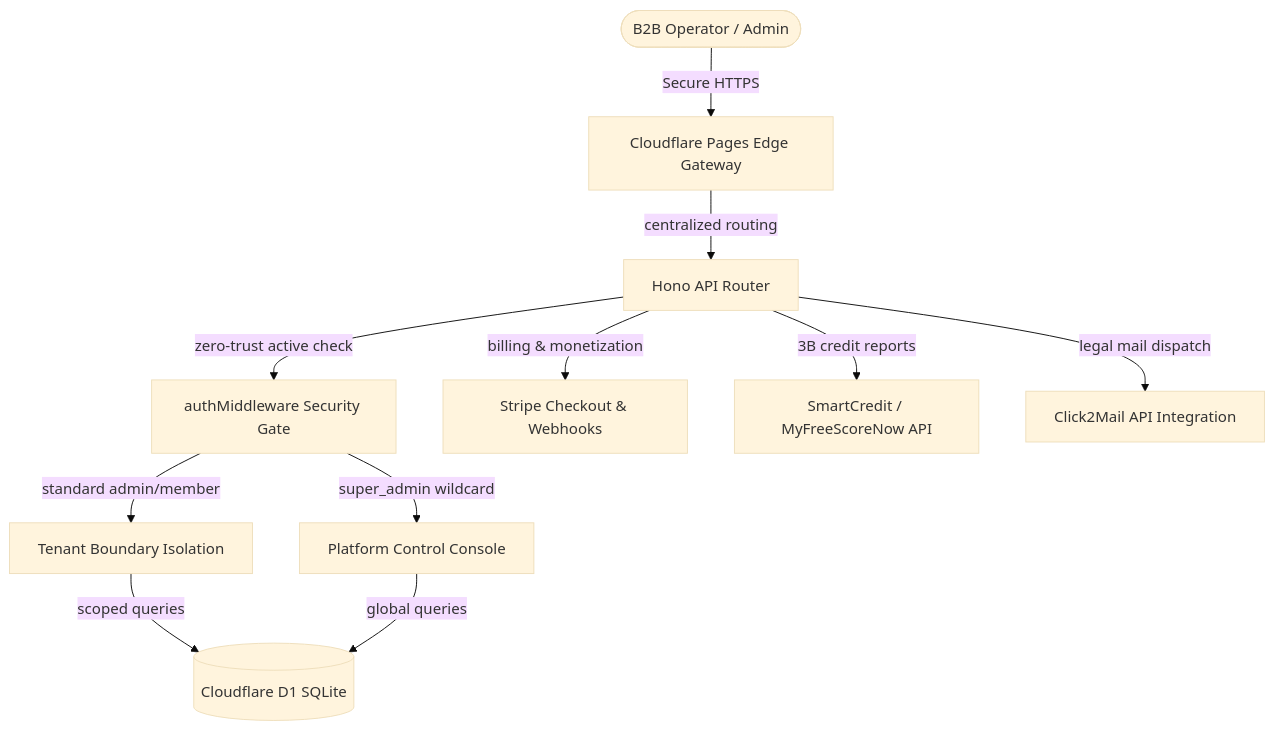
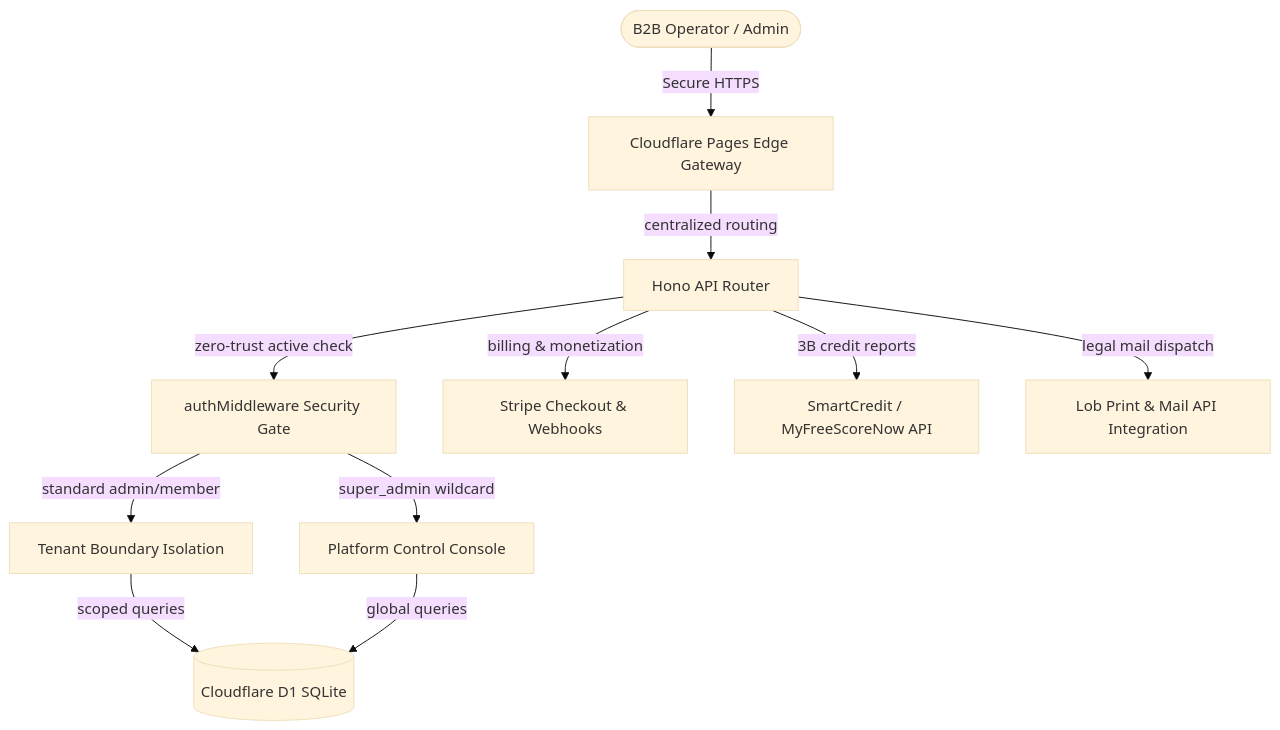
Before and after one commit to rjbizsolution23-wq/smart-FCRA: the diagram in docs/API_INTEGRATIONS_AND_SPECS.md, drawn with Mermaid (base theme). The commit also changed other lines of this file and 14 other files, not shown here.

````diff
--- a/docs/API_INTEGRATIONS_AND_SPECS.md
+++ b/docs/API_INTEGRATIONS_AND_SPECS.md
@@ -17,15 +17,15 @@
 ```mermaid
 graph TD
     User([B2B Operator / Admin]) -->|Secure HTTPS| Edge[Cloudflare Pages Edge Gateway]
     Edge -->|centralized routing| Hono[Hono API Router]
     Hono -->|zero-trust active check| Auth[authMiddleware Security Gate]
     Auth -->|standard admin/member| Tenant[Tenant Boundary Isolation]
     Auth -->|super_admin wildcard| AdminCtrl[Platform Control Console]
     
     Tenant -->|scoped queries| D1[(Cloudflare D1 SQLite)]
     AdminCtrl -->|global queries| D1
     
     Hono -->|billing & monetization| Stripe[Stripe Checkout & Webhooks]
     Hono -->|3B credit reports| SC[SmartCredit / MyFreeScoreNow API]
-    Hono -->|legal mail dispatch| C2M[Click2Mail API Integration]
+    Hono -->|legal mail dispatch| Lob[Lob Print & Mail API Integration]
 ```
````
